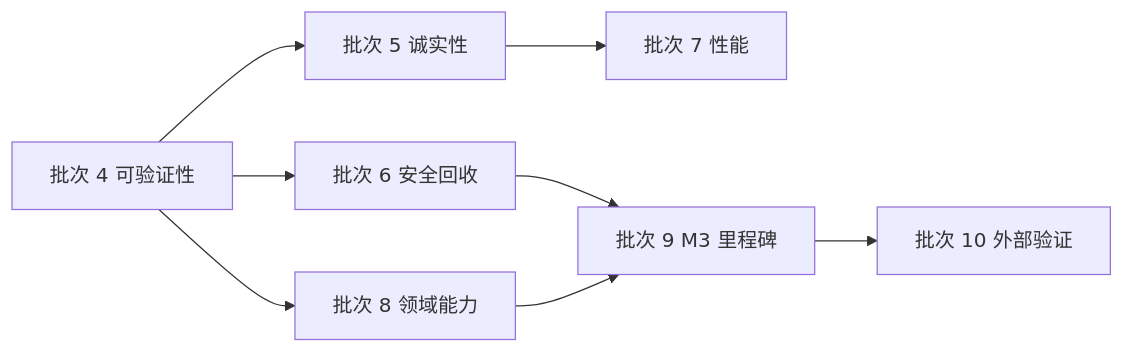
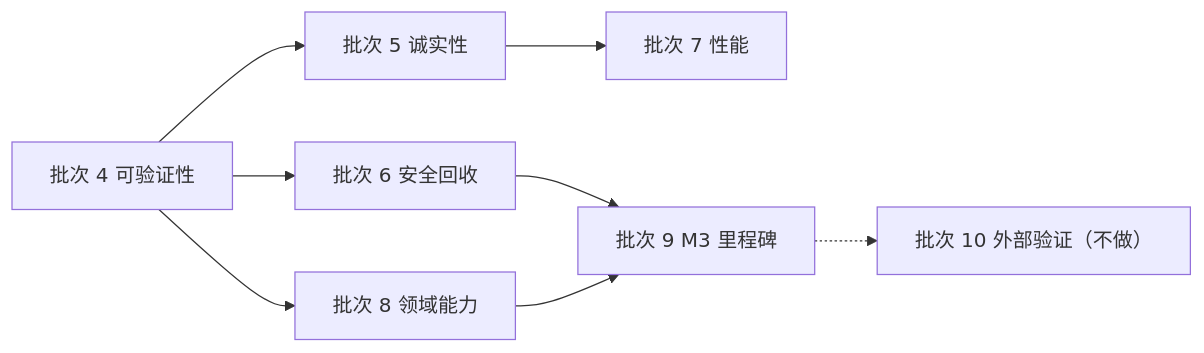
Before and after one commit to mogenga/Embedded-Ai-Master: the diagram in docs/BACKLOG.md, drawn with Mermaid. The commit also changed other lines of this file and 1 other file, not shown here.

````diff
--- a/docs/BACKLOG.md
+++ b/docs/BACKLOG.md
@@ -175,10 +186,10 @@
 ```mermaid
 flowchart LR
   B4["批次 4 可验证性"] --> B5["批次 5 诚实性"]
   B4 --> B6["批次 6 安全回收"]
   B4 --> B8["批次 8 领域能力"]
   B5 --> B7["批次 7 性能"]
   B6 --> B9["批次 9 M3 里程碑"]
   B8 --> B9
-  B9 --> B10["批次 10 外部验证"]
+  B9 -.-> B10["批次 10 外部验证（不做）"]
 ```
````
